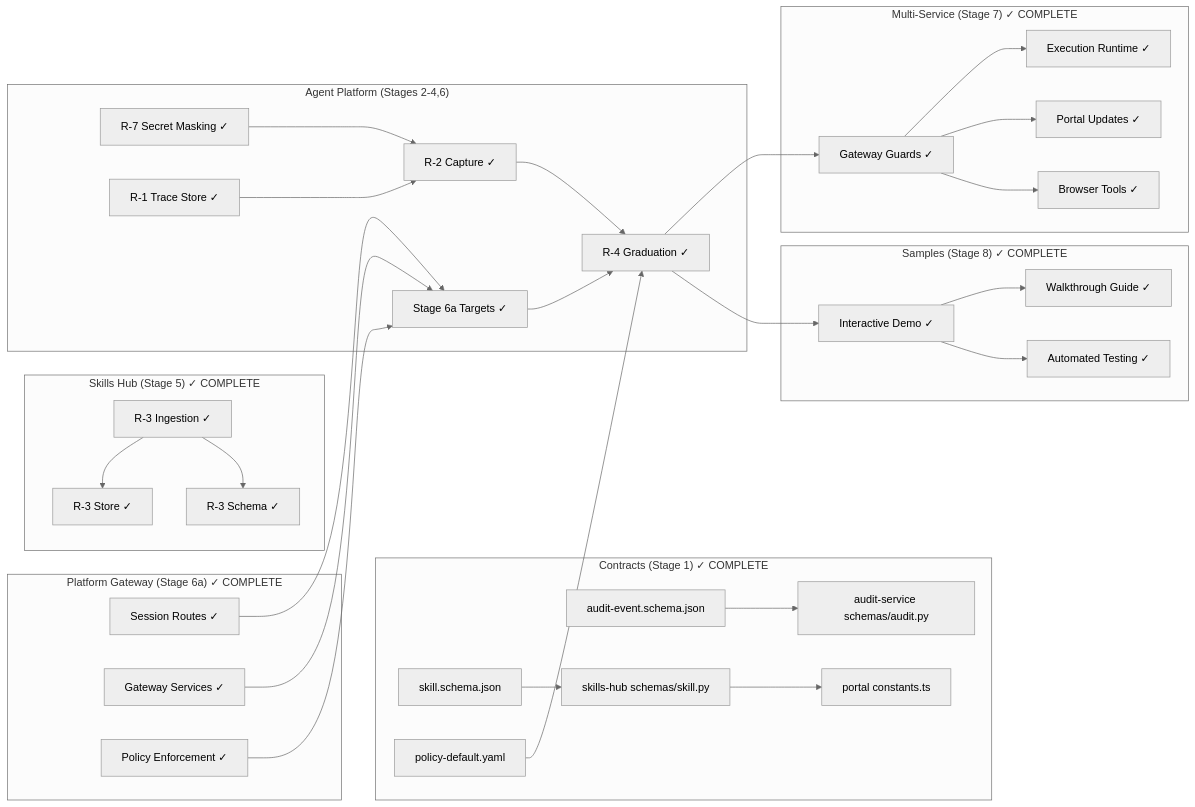
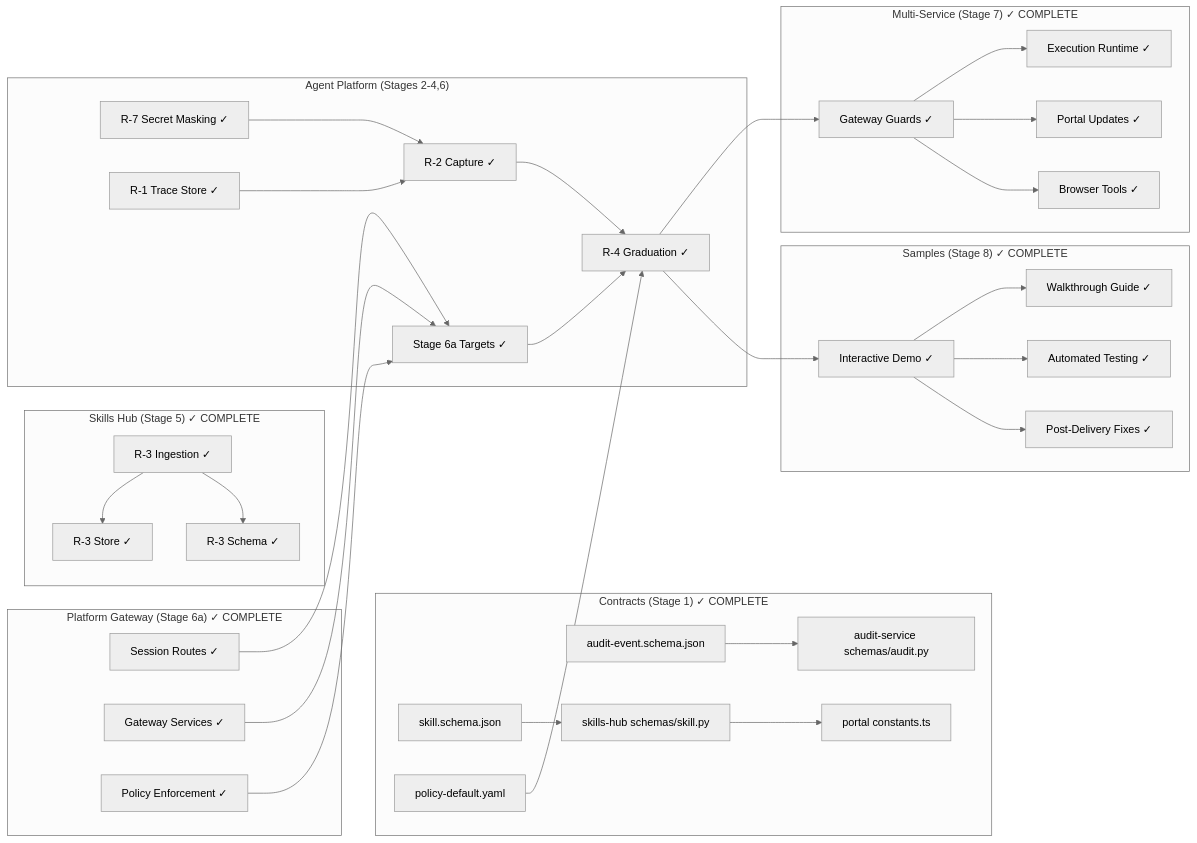
One commit to metasync/luban-aiops changed diagram 11 of 11 in .qoder/repowiki/en/content/Architecture Documentation/SPEC-055_ Develop-as-You-Go Skill Graduation.md. Above: the diagram before and after it, drawn with Mermaid (neutral theme). The commit also changed other lines of this file and 5 other files, not shown here.

````diff
--- a/.qoder/repowiki/en/content/Architecture Documentation/SPEC-055_ Develop-as-You-Go Skill Graduation.md
+++ b/.qoder/repowiki/en/content/Architecture Documentation/SPEC-055_ Develop-as-You-Go Skill Graduation.md
@@ -656,59 +670,61 @@
 ```mermaid
 graph LR
 subgraph "Contracts (Stage 1) ✓ COMPLETE"
 SC_skill["skill.schema.json"]
 SC_audit["audit-event.schema.json"]
 SC_policy["policy-default.yaml"]
 SH_skill["skills-hub schemas/skill.py"]
 AUDIT_audit["audit-service schemas/audit.py"]
 PORTAL_constants["portal constants.ts"]
 end
 subgraph "Agent Platform (Stages 2-4,6)"
 AP_mask["R-7 Secret Masking ✓"]
 AP_trace["R-1 Trace Store ✓"]
 AP_capture["R-2 Capture ✓"]
 AP_grad["R-4 Graduation ✓"]
 AP_targets["Stage 6a Targets ✓"]
 end
 subgraph "Skills Hub (Stage 5) ✓ COMPLETE"
 SH_ingest["R-3 Ingestion ✓"]
 SH_store["R-3 Store ✓"]
 SH_schema["R-3 Schema ✓"]
 end
 subgraph "Platform Gateway (Stage 6a) ✓ COMPLETE"
 GW_routes["Session Routes ✓"]
 GW_services["Gateway Services ✓"]
 GW_policy["Policy Enforcement ✓"]
 end
 subgraph "Multi-Service (Stage 7) ✓ COMPLETE"
 TG_guard["Gateway Guards ✓"]
 ER_runtime["Execution Runtime ✓"]
 OP_portal["Portal Updates ✓"]
 BR_tools["Browser Tools ✓"]
 end
 subgraph "Samples (Stage 8) ✓ COMPLETE"
 SAMPLES["Interactive Demo ✓"]
 WALKTHROUGH["Walkthrough Guide ✓"]
 VERIFICATION["Automated Testing ✓"]
+POST_DELIVERY["Post-Delivery Fixes ✓"]
 end
 SC_skill --> SH_skill
 SC_audit --> AUDIT_audit
 SC_policy --> AP_grad
 SH_skill --> PORTAL_constants
 AP_mask --> AP_capture
 AP_trace --> AP_capture
 AP_capture --> AP_grad
 AP_targets --> AP_grad
 SH_ingest --> SH_store
 SH_ingest --> SH_schema
 GW_routes --> AP_targets
 GW_services --> AP_targets
 GW_policy --> AP_targets
 AP_grad --> TG_guard
 TG_guard --> ER_runtime
 TG_guard --> OP_portal
 TG_guard --> BR_tools
 AP_grad --> SAMPLES
 SAMPLES --> WALKTHROUGH
 SAMPLES --> VERIFICATION
+SAMPLES --> POST_DELIVERY
 ```
````
